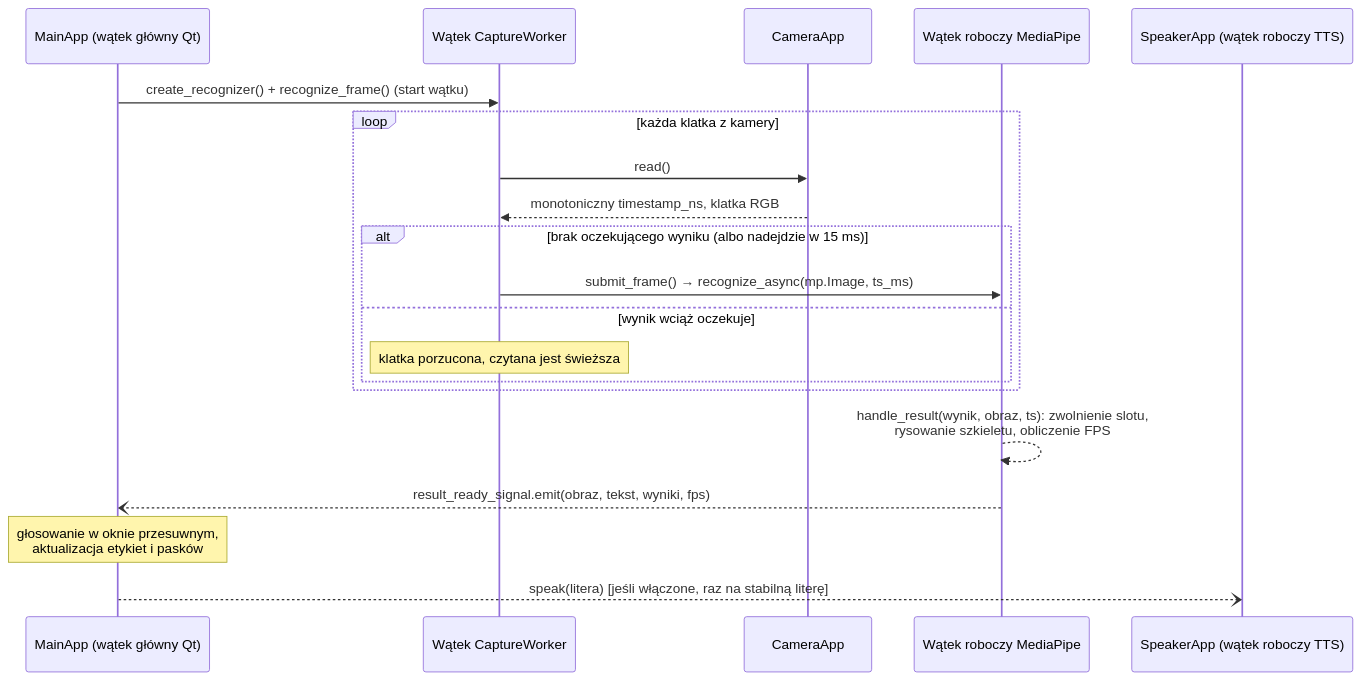
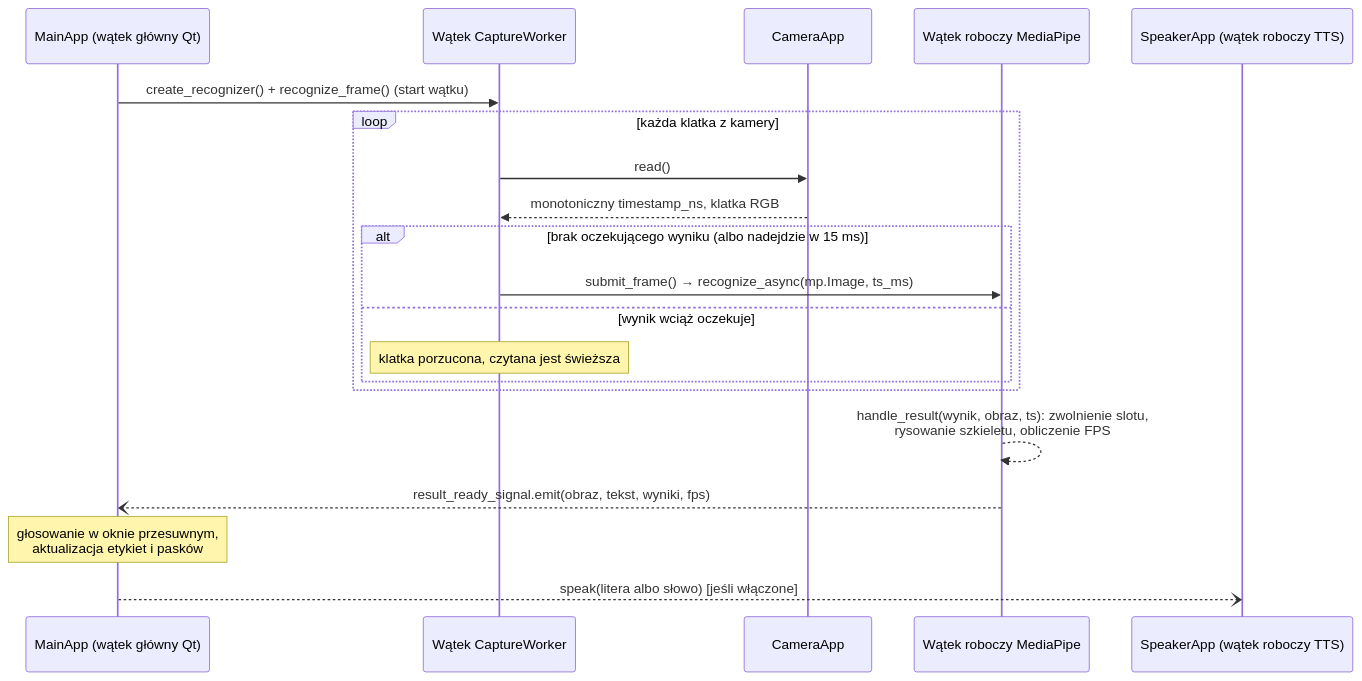
The second of 2 diagrams in docs/TECHNICAL_DOCUMENTATION.pl.md (DXtR1337/AI_sign_language_translator), drawn with Mermaid before and after one commit. The commit also changed other lines of this file and 13 other files, not shown here.

````diff
--- a/docs/TECHNICAL_DOCUMENTATION.pl.md
+++ b/docs/TECHNICAL_DOCUMENTATION.pl.md
@@ -83,23 +85,23 @@
 ```mermaid
 sequenceDiagram
     participant M as MainApp (wątek główny Qt)
     participant W as Wątek CaptureWorker
     participant C as CameraApp
     participant MP as Wątek roboczy MediaPipe
     participant T as SpeakerApp (wątek roboczy TTS)
 
     M->>W: create_recognizer() + recognize_frame() (start wątku)
     loop każda klatka z kamery
         W->>C: read()
         C-->>W: monotoniczny timestamp_ns, klatka RGB
         alt brak oczekującego wyniku (albo nadejdzie w 15 ms)
             W->>MP: submit_frame() → recognize_async(mp.Image, ts_ms)
         else wynik wciąż oczekuje
             Note over W: klatka porzucona, czytana jest świeższa
         end
     end
     MP-->>MP: handle_result(wynik, obraz, ts): zwolnienie slotu,<br/>rysowanie szkieletu, obliczenie FPS
     MP--)M: result_ready_signal.emit(obraz, tekst, wyniki, fps)
     Note over M: głosowanie w oknie przesuwnym,<br/>aktualizacja etykiet i pasków
-    M--)T: speak(litera)  [jeśli włączone, raz na stabilną literę]
+    M--)T: speak(litera albo słowo)  [jeśli włączone]
 ```
````
